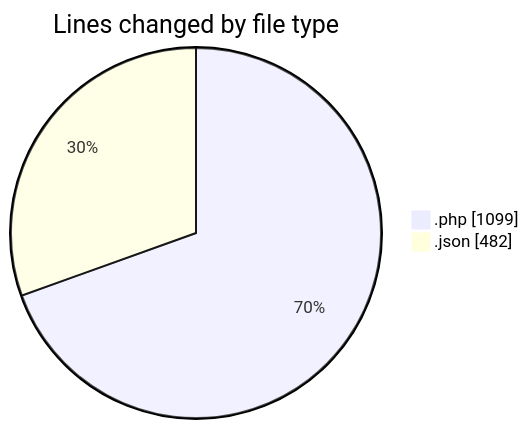
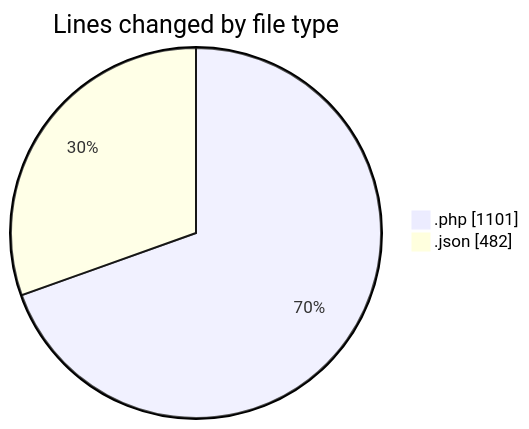
The first of 2 diagrams in 2025-03-28/autodidak/README.md (idhammustaqopulfikri/code-tracking), drawn with Mermaid before and after one commit. The commit also changed other lines of this file and 1 other file, not shown here.

````diff
--- a/2025-03-28/autodidak/README.md
+++ b/2025-03-28/autodidak/README.md
@@ -29,6 +29,6 @@
 ```mermaid
 pie showData
 title Lines changed by file type
-".php" : 1099
+".php" : 1101
 ".json" : 482
 ```
````
